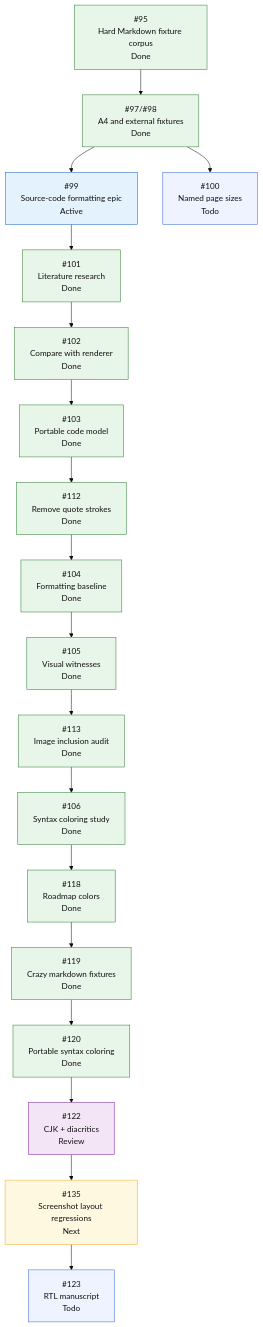
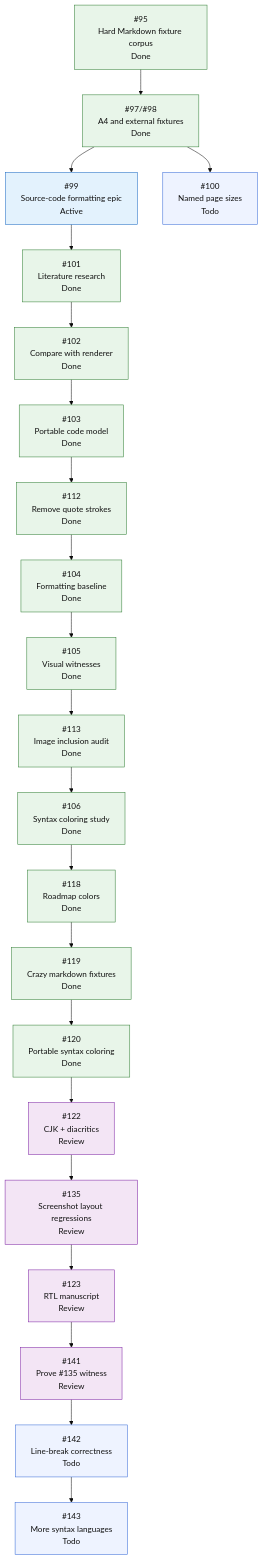
The fifth of 5 diagrams in README.md (mihaelamj/MarkdownPDF), drawn with Mermaid (base theme) before and after one commit. The commit also changed other lines of this file and 1 other file, not shown here.

First line of the commit message:
test(pdf): cover source-code layout regressions

````diff
--- a/README.md
+++ b/README.md
@@ -445,38 +453,40 @@
 ```mermaid
 flowchart TD
     H0["#95<br/>Hard Markdown fixture corpus<br/>Done"]
     H1["#97/#98<br/>A4 and external fixtures<br/>Done"]
     H2["#99<br/>Source-code formatting epic<br/>Active"]
     H2A["#101<br/>Literature research<br/>Done"]
     H2B["#102<br/>Compare with renderer<br/>Done"]
     H2C["#103<br/>Portable code model<br/>Done"]
     H2D["#112<br/>Remove quote strokes<br/>Done"]
     H2E["#104<br/>Formatting baseline<br/>Done"]
     H2F["#105<br/>Visual witnesses<br/>Done"]
     H2G["#113<br/>Image inclusion audit<br/>Done"]
     H2H["#106<br/>Syntax coloring study<br/>Done"]
     H2I["#118<br/>Roadmap colors<br/>Done"]
     H2J["#119<br/>Crazy markdown fixtures<br/>Done"]
     H2K["#120<br/>Portable syntax coloring<br/>Done"]
     H2L["#122<br/>CJK + diacritics<br/>Review"]
-    H2M["#135<br/>Screenshot layout regressions<br/>Next"]
-    H2N["#123<br/>RTL manuscript<br/>Todo"]
+    H2M["#135<br/>Screenshot layout regressions<br/>Review"]
+    H2N["#123<br/>RTL manuscript<br/>Review"]
+    H2O["#141<br/>Prove #135 witness<br/>Review"]
+    H2P["#142<br/>Line-break correctness<br/>Todo"]
+    H2Q["#143<br/>More syntax languages<br/>Todo"]
     H3["#100<br/>Named page sizes<br/>Todo"]
 
     H0 --> H1
     H1 --> H2
-    H2 --> H2A --> H2B --> H2C --> H2D --> H2E --> H2F --> H2G --> H2H --> H2I --> H2J --> H2K --> H2L --> H2M --> H2N
+    H2 --> H2A --> H2B --> H2C --> H2D --> H2E --> H2F --> H2G --> H2H --> H2I --> H2J --> H2K --> H2L --> H2M --> H2N --> H2O --> H2P --> H2Q
     H1 --> H3
 
     classDef done fill:#e8f5e9,stroke:#2e7d32,color:#111;
     classDef active fill:#e3f2fd,stroke:#1565c0,color:#111;
     classDef review fill:#f3e5f5,stroke:#7b1fa2,color:#111;
     classDef next fill:#fff8e1,stroke:#f9a825,color:#111;
     classDef todo fill:#eef3ff,stroke:#3367d6,color:#111;
     class H0,H1 done;
     class H2 active;
     class H2A,H2B,H2C,H2D,H2E,H2F,H2G,H2H,H2I,H2J,H2K done;
-    class H2L review;
-    class H2M next;
-    class H2N,H3 todo;
+    class H2L,H2M,H2N,H2O review;
+    class H2P,H2Q,H3 todo;
 ```
````
